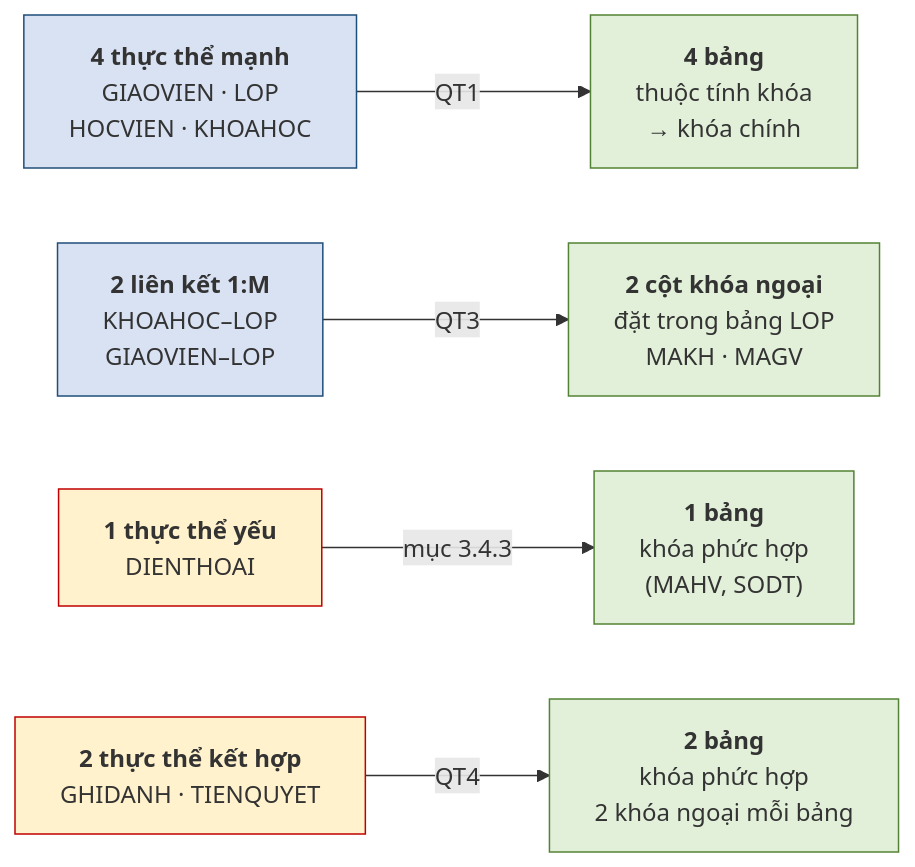
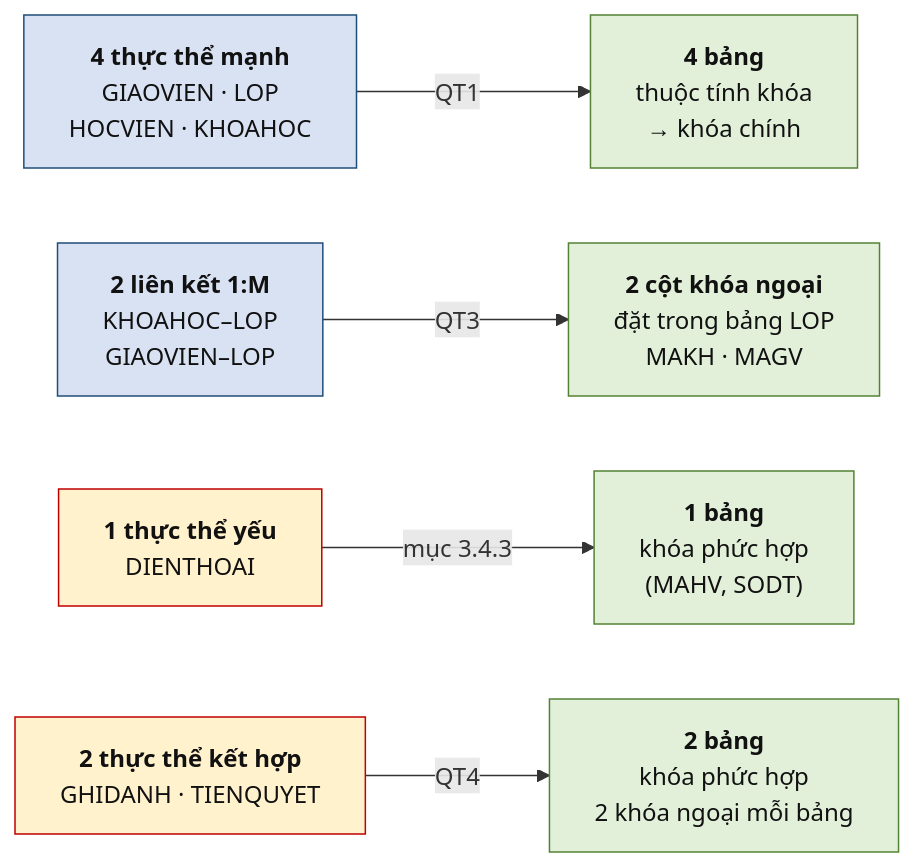
One commit to CuongNguyenDAU/csdl-dbs201 changed the diagram in docs/chuong-3/3-8-vi-du-tong-hop-trung-tam-anh-ngu-abc.md. Above: the diagram before and after it, drawn with Mermaid. The commit also changed other lines of this file and 123 other files, not shown here.

Commit message:
Cập nhật bài giảng v7: sơ đồ ER ký pháp Chen, hình minh họa tự vẽ, mở rộng toàn diện Chương 5 và bổ sung lời giải A4, B5

````diff
--- a/docs/chuong-3/3-8-vi-du-tong-hop-trung-tam-anh-ngu-abc.md
+++ b/docs/chuong-3/3-8-vi-du-tong-hop-trung-tam-anh-ngu-abc.md
@@ -9,15 +9,15 @@
 ```mermaid
 flowchart LR
     E1["<b>4 thực thể mạnh</b><br/>GIAOVIEN · LOP<br/>HOCVIEN · KHOAHOC"] -->|"QT1"| R1["<b>4 bảng</b><br/>thuộc tính khóa<br/>→ khóa chính"]
     E2["<b>2 liên kết 1:M</b><br/>KHOAHOC–LOP<br/>GIAOVIEN–LOP"] -->|"QT3"| R2["<b>2 cột khóa ngoại</b><br/>đặt trong bảng LOP<br/>MAKH · MAGV"]
     E3["<b>1 thực thể yếu</b><br/>DIENTHOAI"] -->|"mục 3.4.3"| R3["<b>1 bảng</b><br/>khóa phức hợp<br/>(MAHV, SODT)"]
     E4["<b>2 thực thể kết hợp</b><br/>GHIDANH · TIENQUYET"] -->|"QT4"| R4["<b>2 bảng</b><br/>khóa phức hợp<br/>2 khóa ngoại mỗi bảng"]
-    style E1 fill:#D9E2F3,stroke:#1F4E79
-    style E2 fill:#D9E2F3,stroke:#1F4E79
-    style E3 fill:#FFF2CC,stroke:#C00000
-    style E4 fill:#FFF2CC,stroke:#C00000
-    style R1 fill:#E2F0D9,stroke:#548235
-    style R2 fill:#E2F0D9,stroke:#548235
-    style R3 fill:#E2F0D9,stroke:#548235
-    style R4 fill:#E2F0D9,stroke:#548235
+    style E1 fill:#D9E2F3,stroke:#1F4E79,color:#111111
+    style E2 fill:#D9E2F3,stroke:#1F4E79,color:#111111
+    style E3 fill:#FFF2CC,stroke:#C00000,color:#111111
+    style E4 fill:#FFF2CC,stroke:#C00000,color:#111111
+    style R1 fill:#E2F0D9,stroke:#548235,color:#111111
+    style R2 fill:#E2F0D9,stroke:#548235,color:#111111
+    style R3 fill:#E2F0D9,stroke:#548235,color:#111111
+    style R4 fill:#E2F0D9,stroke:#548235,color:#111111
 ```
````
